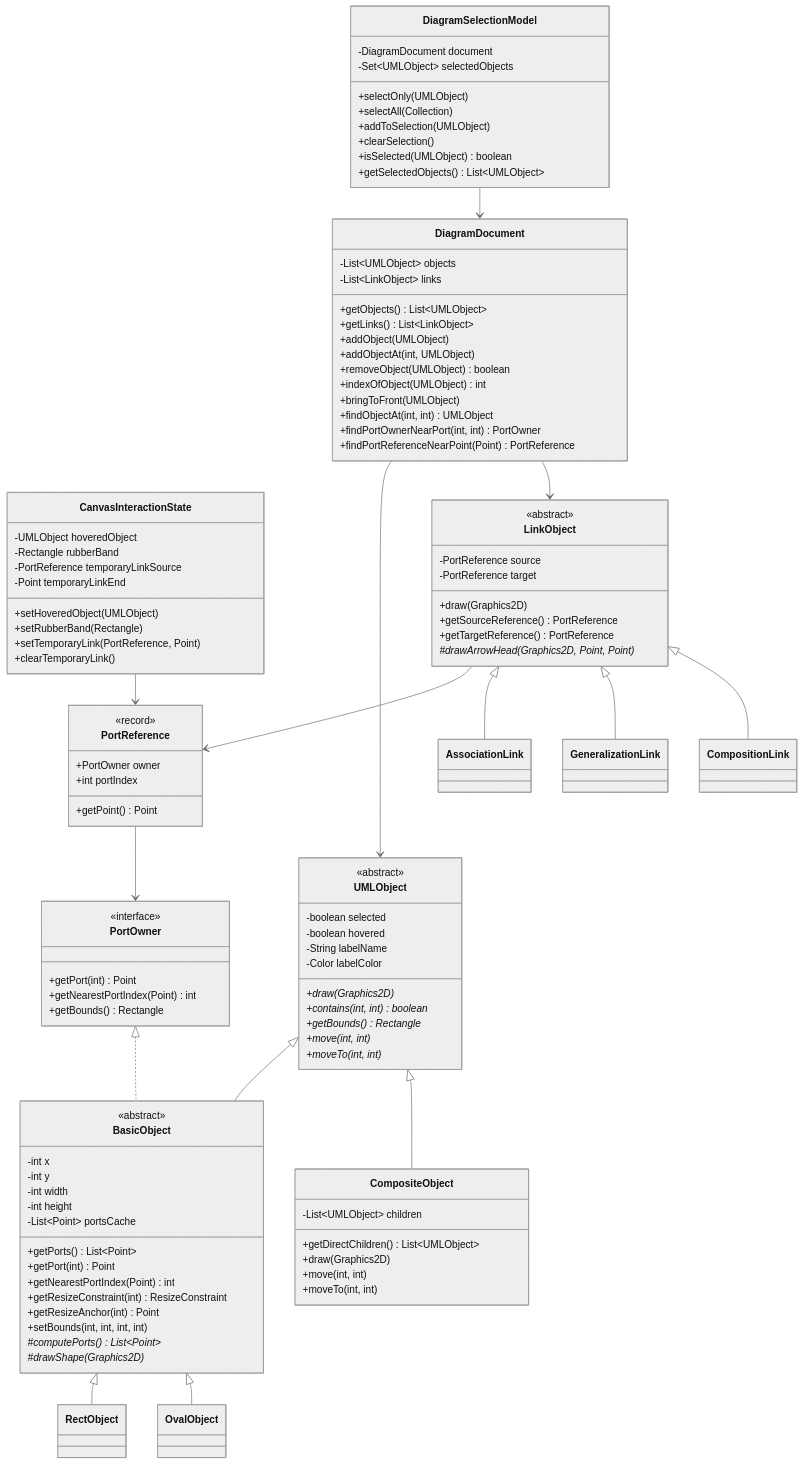
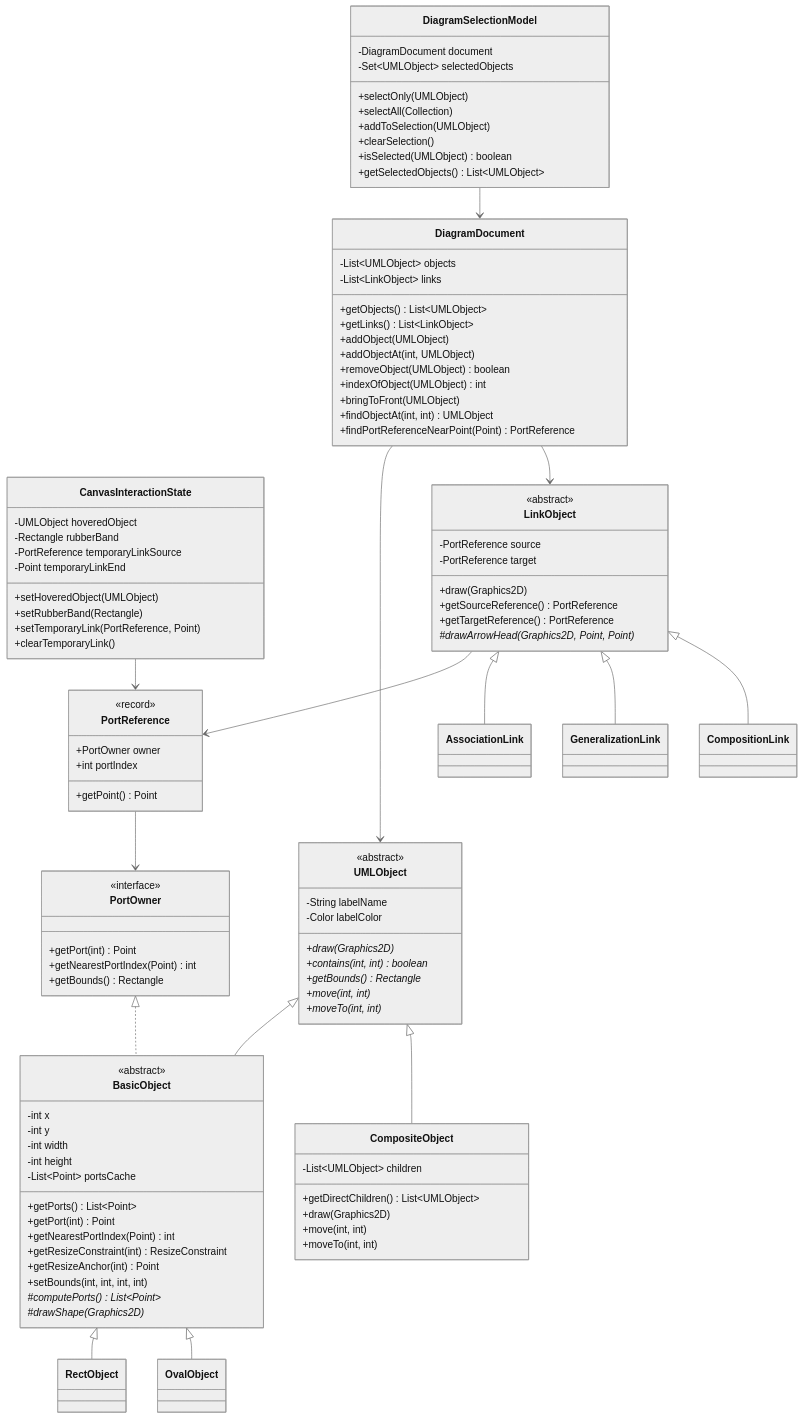
One commit to HsuChen88/UML-demo changed the second of 10 diagrams in ARCHITECTURE.md. Above: the diagram before and after it, drawn with Mermaid (neutral theme). The commit also changed other lines of this file and 7 other files, not shown here.

Commit message:
docs: update md and diagram

```diff
--- a/ARCHITECTURE.md
+++ b/ARCHITECTURE.md
@@ -142,7 +161,6 @@
         +indexOfObject(UMLObject) int
         +bringToFront(UMLObject)
         +findObjectAt(int, int) UMLObject
-        +findPortOwnerNearPort(int, int) PortOwner
         +findPortReferenceNearPoint(Point) PortReference
     }
 
@@ -170,8 +188,6 @@
 
     class UMLObject {
         <<abstract>>
-        -boolean selected
-        -boolean hovered
         -String labelName
         -Color labelColor
         +draw(Graphics2D)*
```
